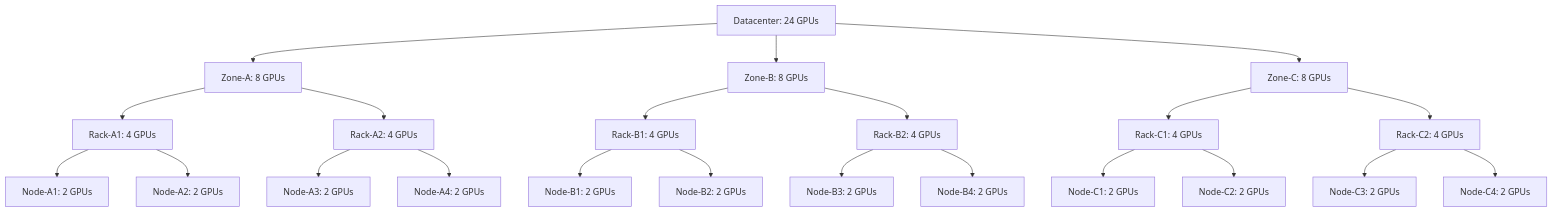
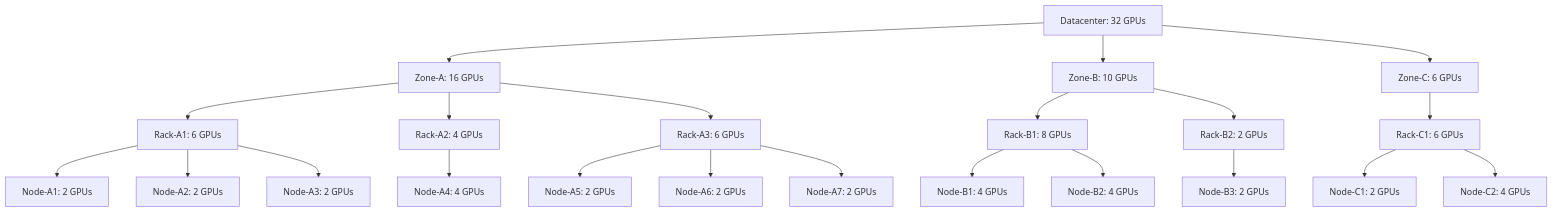
The diagram in docs/developer/designs/topology-awareness/README.md (NVIDIA/KAI-Scheduler), drawn with Mermaid before and after one commit. The commit also changed other lines of this file, not shown here.

````diff
--- a/docs/developer/designs/topology-awareness/README.md
+++ b/docs/developer/designs/topology-awareness/README.md
@@ -76,28 +148,33 @@
 ```mermaid
 graph TD
-    DC[Datacenter: 24 GPUs] --> ZA[Zone-A: 8 GPUs]
-    DC --> ZB[Zone-B: 8 GPUs]
-    DC --> ZC[Zone-C: 8 GPUs]
+    DC[Datacenter: 32 GPUs] --> ZA[Zone-A: 16 GPUs]
+    DC --> ZB[Zone-B: 10 GPUs]
+    DC --> ZC[Zone-C: 6 GPUs]
 
-    ZA --> RA1[Rack-A1: 4 GPUs]
+    ZA --> RA1[Rack-A1: 6 GPUs]
     ZA --> RA2[Rack-A2: 4 GPUs]
-    ZB --> RB1[Rack-B1: 4 GPUs]
-    ZB --> RB2[Rack-B2: 4 GPUs]
-    ZC --> RC1[Rack-C1: 4 GPUs]
-    ZC --> RC2[Rack-C2: 4 GPUs]
+    ZA --> RA3[Rack-A3: 6 GPUs]
+    
+    ZB --> RB1[Rack-B1: 8 GPUs]
+    ZB --> RB2[Rack-B2: 2 GPUs]
+    
+    ZC --> RC1[Rack-C1: 6 GPUs]
 
     RA1 --> NA1[Node-A1: 2 GPUs]
     RA1 --> NA2[Node-A2: 2 GPUs]
-    RA2 --> NA3[Node-A3: 2 GPUs]
-    RA2 --> NA4[Node-A4: 2 GPUs]
+    RA1 --> NA3[Node-A3: 2 GPUs]
+    
+    RA2 --> NA4[Node-A4: 4 GPUs]
+    
+    RA3 --> NA5[Node-A5: 2 GPUs]
+    RA3 --> NA6[Node-A6: 2 GPUs]
+    RA3 --> NA7[Node-A7: 2 GPUs]
 
-    RB1 --> NB1[Node-B1: 2 GPUs]
-    RB1 --> NB2[Node-B2: 2 GPUs]
+    RB1 --> NB1[Node-B1: 4 GPUs]
+    RB1 --> NB2[Node-B2: 4 GPUs]
+    
     RB2 --> NB3[Node-B3: 2 GPUs]
-    RB2 --> NB4[Node-B4: 2 GPUs]
 
     RC1 --> NC1[Node-C1: 2 GPUs]
-    RC1 --> NC2[Node-C2: 2 GPUs]
-    RC2 --> NC3[Node-C3: 2 GPUs]
-    RC2 --> NC4[Node-C4: 2 GPUs]
+    RC1 --> NC2[Node-C2: 4 GPUs]
 ```
````
